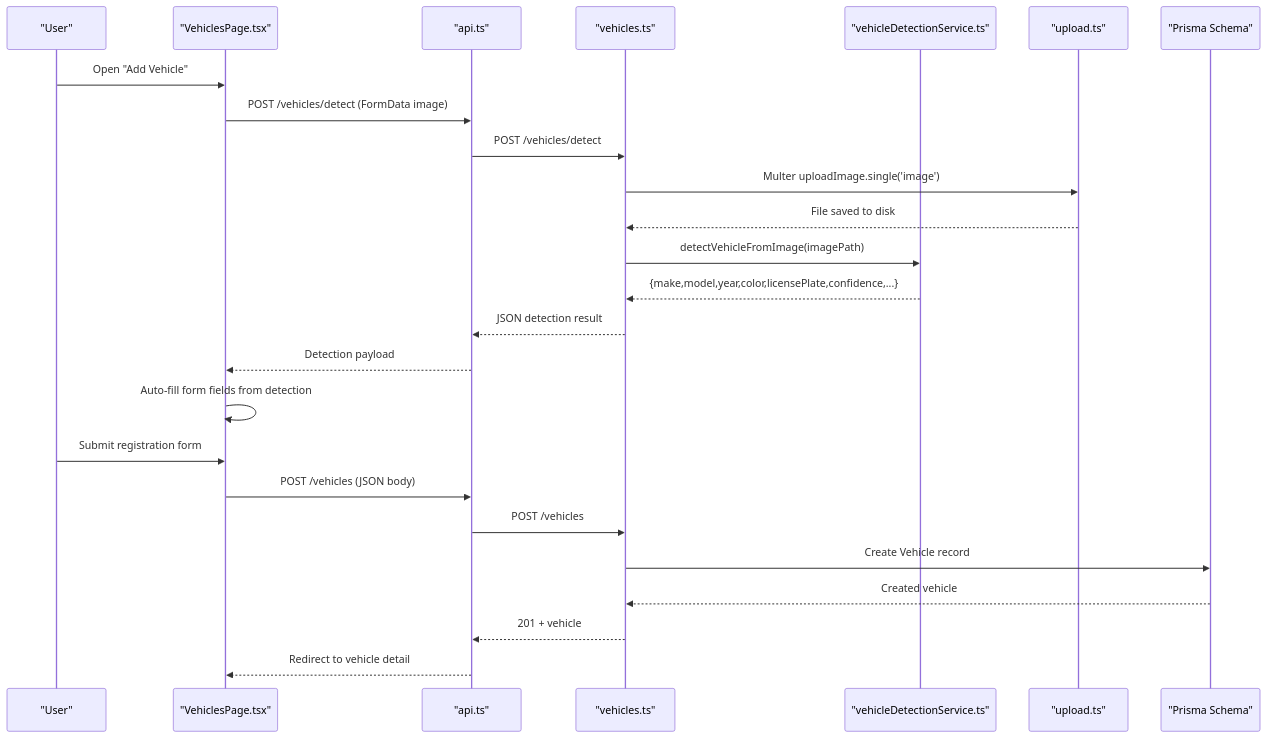
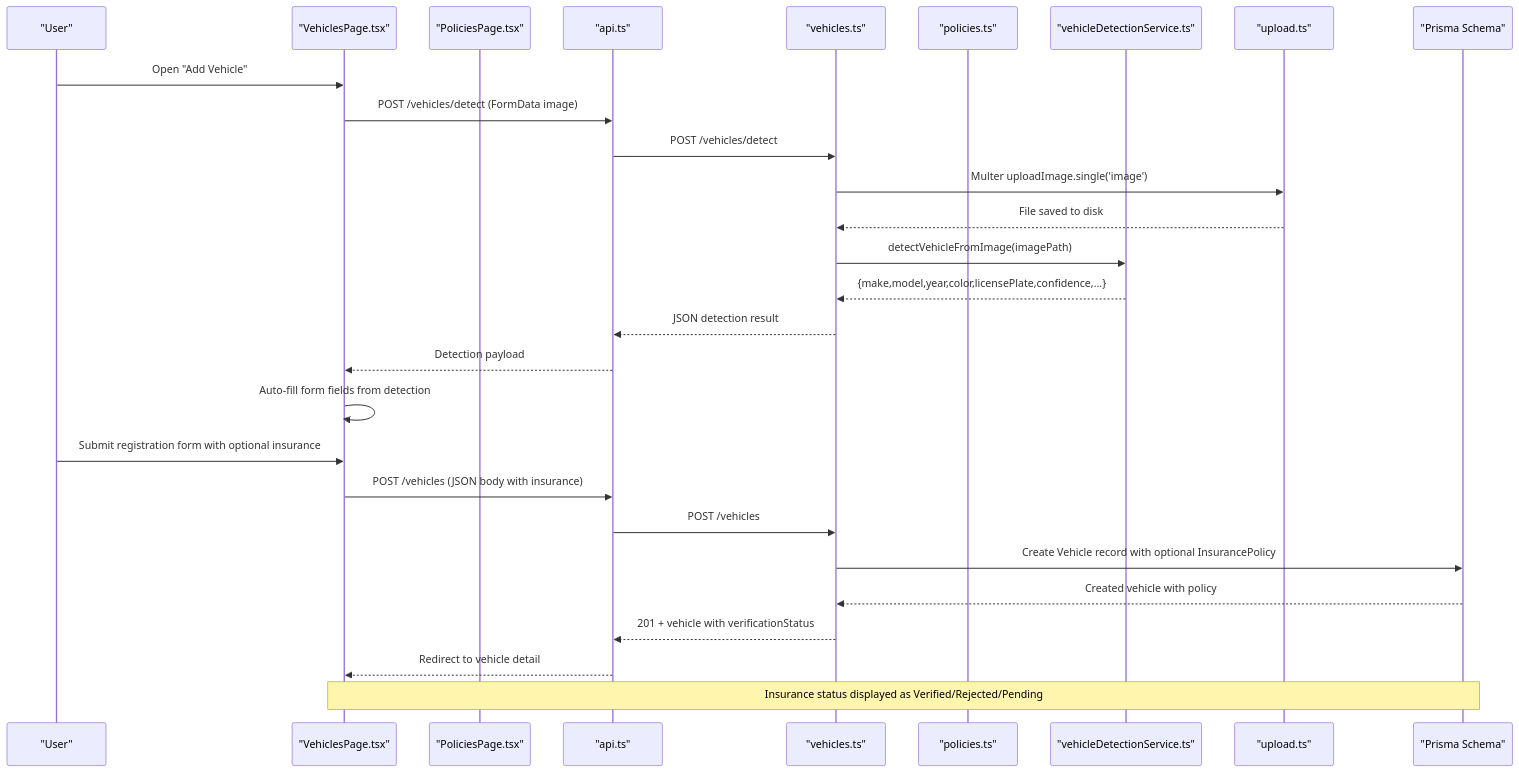
Before and after one commit to NaveenHiranya/Smart-Vehicle-Insurance-Claim-System: the second of 6 diagrams in .qoder/repowiki/en/content/Frontend Documentation/Pages and Views/User Pages/Vehicle Management Page.md, drawn with Mermaid. The commit also changed other lines of this file and 21 other files, not shown here.

````diff
--- a/.qoder/repowiki/en/content/Frontend Documentation/Pages and Views/User Pages/Vehicle Management Page.md
+++ b/.qoder/repowiki/en/content/Frontend Documentation/Pages and Views/User Pages/Vehicle Management Page.md
@@ -97,27 +122,30 @@
 ```mermaid
 sequenceDiagram
 participant User as "User"
 participant FE as "VehiclesPage.tsx"
+participant PP as "PoliciesPage.tsx"
 participant API as "api.ts"
 participant BE as "vehicles.ts"
+participant PR as "policies.ts"
 participant ML as "vehicleDetectionService.ts"
 participant FS as "upload.ts"
 participant DB as "Prisma Schema"
 User->>FE : Open "Add Vehicle"
 FE->>API : POST /vehicles/detect (FormData image)
 API->>BE : POST /vehicles/detect
 BE->>FS : Multer uploadImage.single('image')
 FS-->>BE : File saved to disk
 BE->>ML : detectVehicleFromImage(imagePath)
 ML-->>BE : {make,model,year,color,licensePlate,confidence,...}
 BE-->>API : JSON detection result
 API-->>FE : Detection payload
 FE->>FE : Auto-fill form fields from detection
-User->>FE : Submit registration form
-FE->>API : POST /vehicles (JSON body)
+User->>FE : Submit registration form with optional insurance
+FE->>API : POST /vehicles (JSON body with insurance)
 API->>BE : POST /vehicles
-BE->>DB : Create Vehicle record
-DB-->>BE : Created vehicle
-BE-->>API : 201 + vehicle
+BE->>DB : Create Vehicle record with optional InsurancePolicy
+DB-->>BE : Created vehicle with policy
+BE-->>API : 201 + vehicle with verificationStatus
 API-->>FE : Redirect to vehicle detail
+Note over FE,DB : Insurance status displayed as Verified/Rejected/Pending
 ```
````
